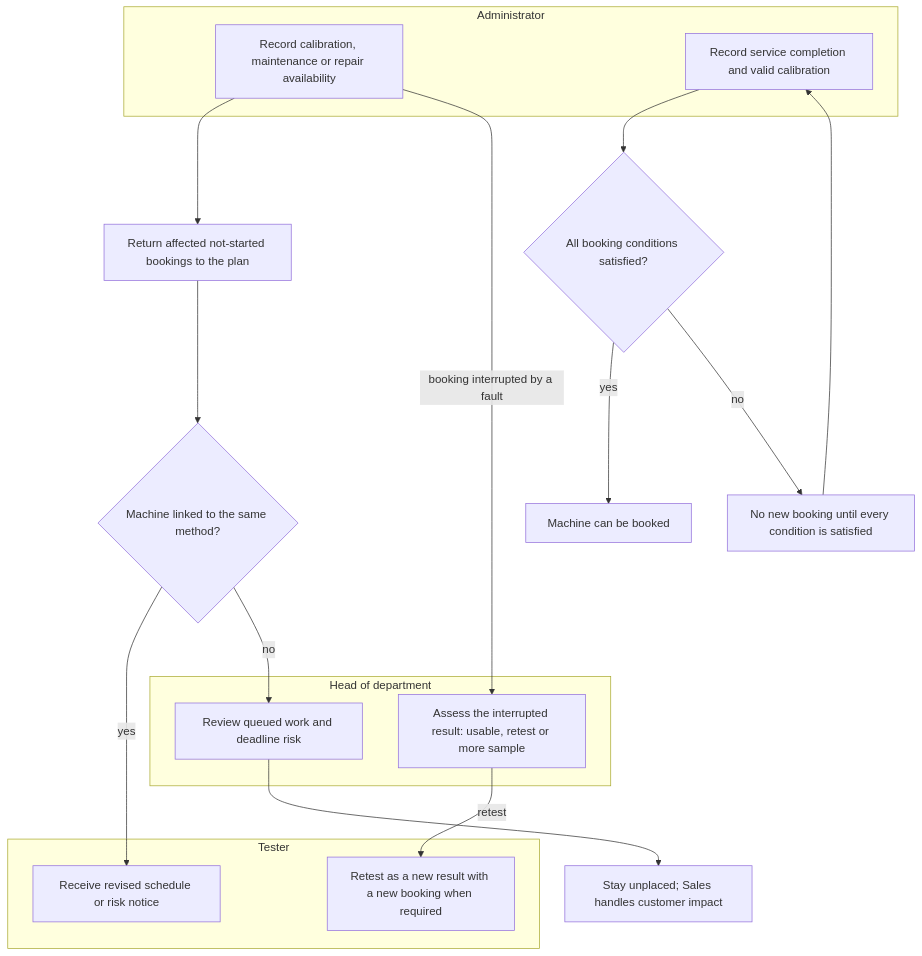
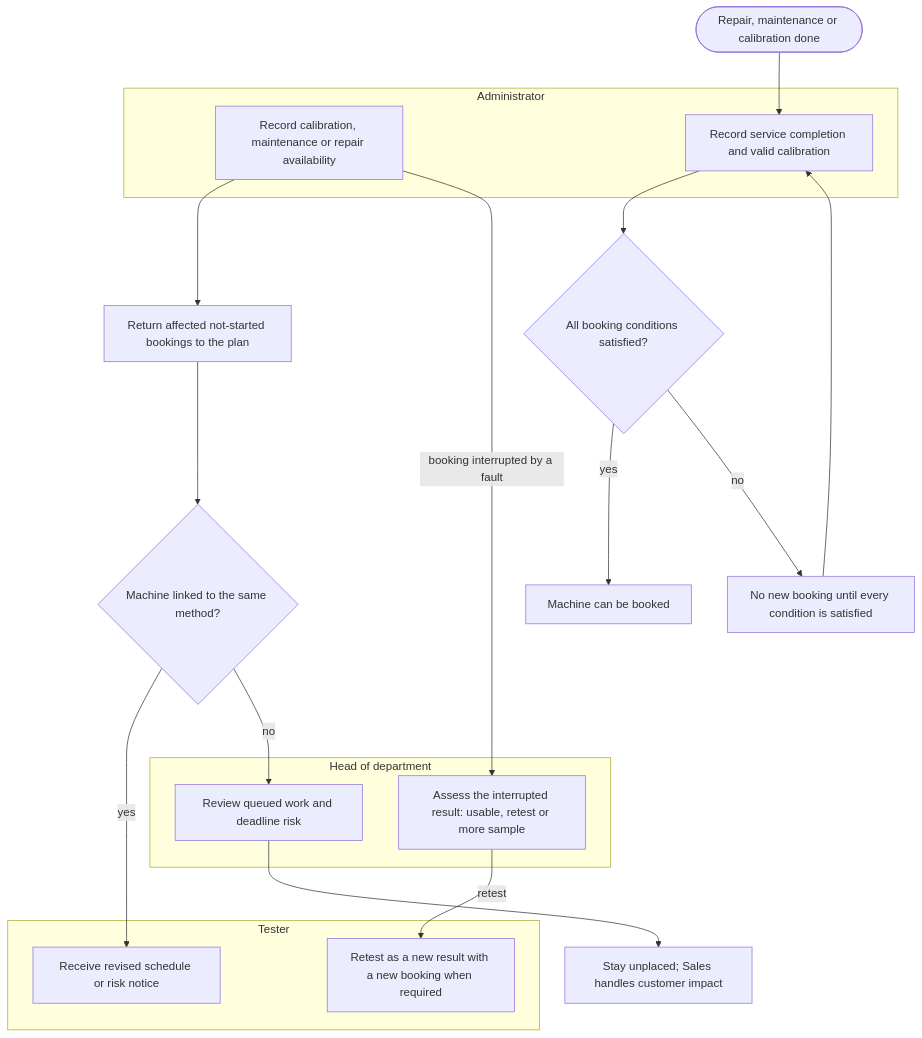
Before and after one commit to SoltuneMontepre/medilab: diagram 11 of 17 in docs/functional/business-flows.md, drawn with Mermaid. The commit also changed other lines of this file and 10 other files, not shown here.

Commit message:
[docs] Add the missing entries and owner steps to the SF-04, SF-05, SF-10 and SF-11 diagrams

````diff
--- a/docs/functional/business-flows.md
+++ b/docs/functional/business-flows.md
@@ -530,23 +531,24 @@
 ```mermaid
 flowchart TD
     subgraph lane29 ["Administrator"]
         a1[Record calibration, maintenance or repair availability]
         a2[Record service completion and valid calibration]
     end
     subgraph lane28 ["Head of department"]
         h1[Assess the interrupted result: usable, retest or more sample]
         h2[Review queued work and deadline risk]
     end
     subgraph lane27 ["Tester"]
         t1[Receive revised schedule or risk notice]
         t2[Retest as a new result with a new booking when required]
     end
     a1 --> q[Return affected not-started bookings to the plan]
     a1 -->|booking interrupted by a fault| h1 -->|retest| t2
     q --> other{Machine linked to the same method?}
     other -->|yes| t1
     other -->|no| h2 --> wait[Stay unplaced; Sales handles customer impact]
+    serviced([Repair, maintenance or calibration done]) --> a2
     a2 --> fit{All booking conditions satisfied?}
     fit -->|yes| available[Machine can be booked]
     fit -->|no| blocked[No new booking until every condition is satisfied] --> a2
 ```
````
